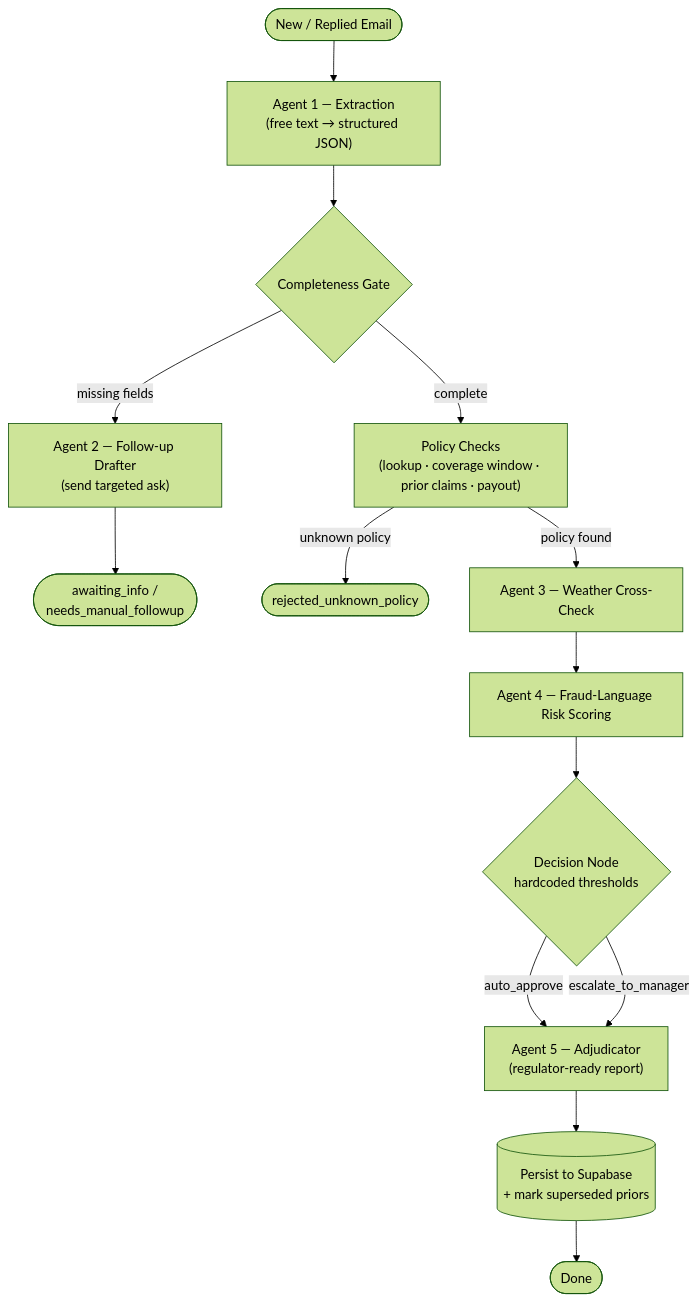
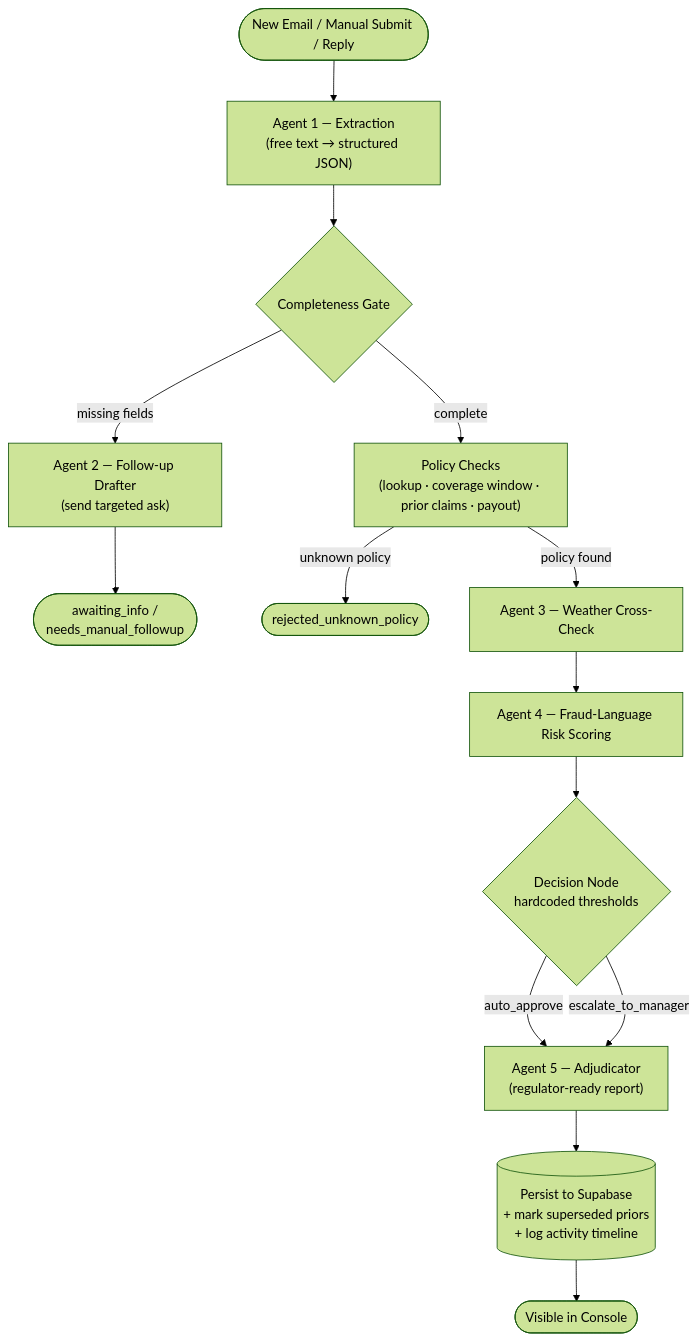
One commit to NEC0S/FNOL_Claims_Intake_Agent changed the second of 4 diagrams in README.md. Above: the diagram before and after it, drawn with Mermaid (forest theme). The commit also changed other lines of this file, not shown here.

````diff
--- a/README.md
+++ b/README.md
@@ -111,21 +137,21 @@
 ```mermaid
 flowchart TD
-    START([New / Replied Email]) --> EXTRACT["Agent 1 — Extraction\n(free text → structured JSON)"]
+    START([New Email / Manual Submit / Reply]) --> EXTRACT["Agent 1 — Extraction\n(free text → structured JSON)"]
     EXTRACT --> GATE{Completeness Gate}
 
     GATE -->|missing fields| FOLLOWUP["Agent 2 — Follow-up Drafter\n(send targeted ask)"]
     FOLLOWUP --> ENDF([awaiting_info /\nneeds_manual_followup])
 
     GATE -->|complete| POLICY["Policy Checks\n(lookup · coverage window · prior claims · payout)"]
     POLICY -->|unknown policy| ENDR([rejected_unknown_policy])
 
     POLICY -->|policy found| WEATHER["Agent 3 — Weather Cross-Check"]
     WEATHER --> RISK["Agent 4 — Fraud-Language Risk Scoring"]
     RISK --> DECIDE{Decision Node\nhardcoded thresholds}
 
     DECIDE -->|auto_approve| REPORT["Agent 5 — Adjudicator\n(regulator-ready report)"]
     DECIDE -->|escalate_to_manager| REPORT
 
-    REPORT --> PERSIST[("Persist to Supabase\n+ mark superseded priors")]
-    PERSIST --> DONE([Done])
+    REPORT --> PERSIST[("Persist to Supabase\n+ mark superseded priors\n+ log activity timeline")]
+    PERSIST --> DONE([Visible in Console])
 ```
````
